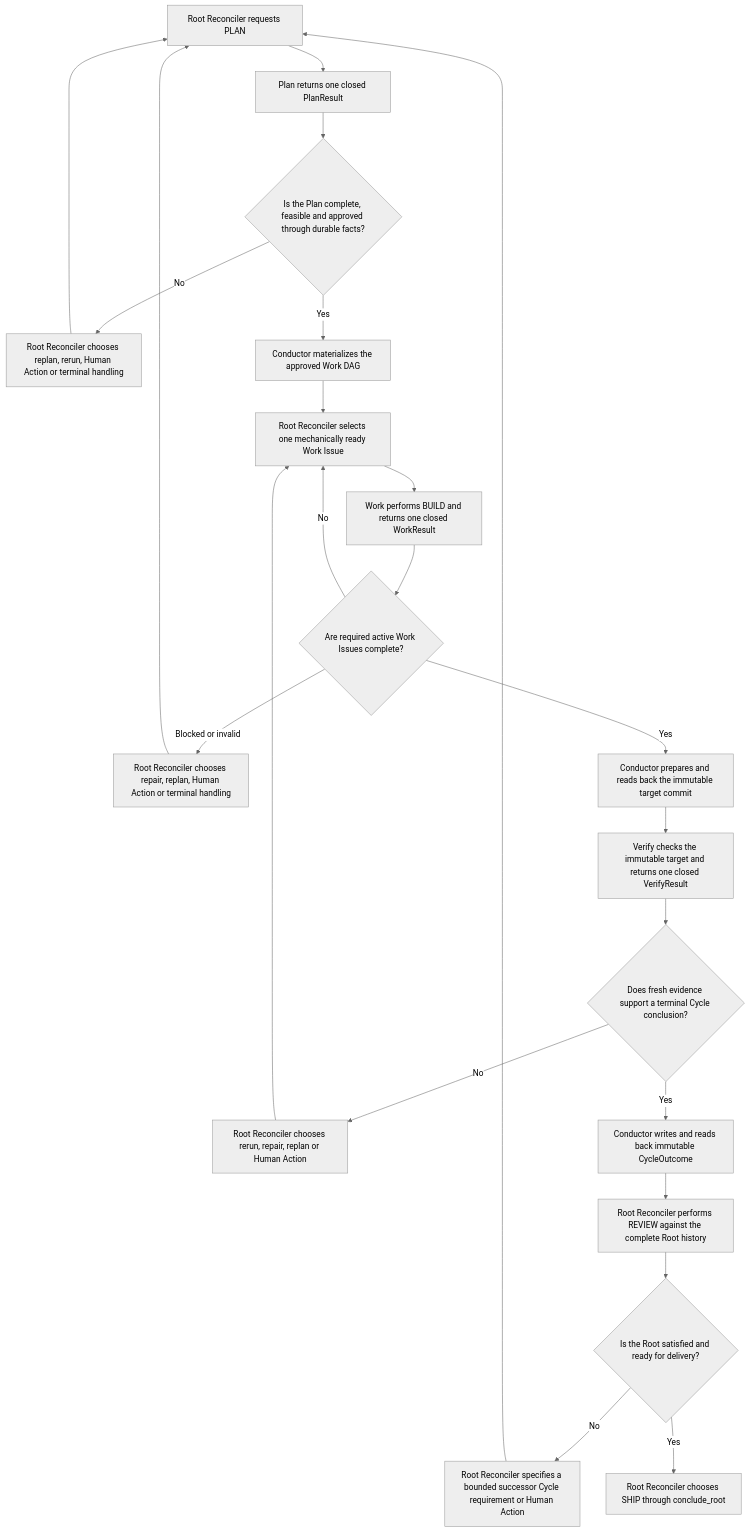
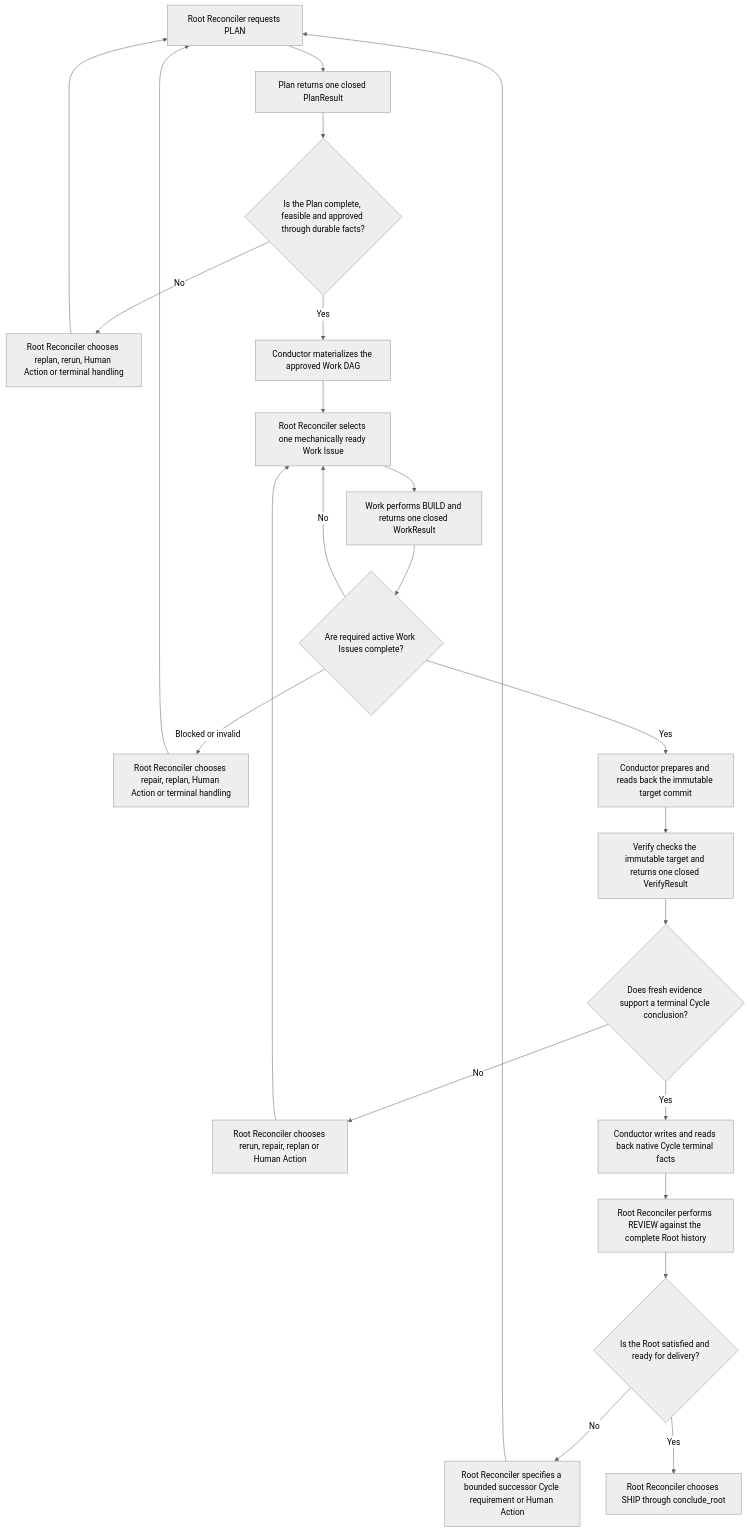
Before and after one commit to hallucination-studio/symphony: the diagram in docs/architecture/stage-orchestration.md, drawn with Mermaid (neutral theme). The commit also changed other lines of this file and 21 other files, not shown here.

First line of the commit message:
docs: hard-cut workflow authority to native facts

````diff
--- a/docs/architecture/stage-orchestration.md
+++ b/docs/architecture/stage-orchestration.md
@@ -43,25 +43,25 @@
 ```mermaid
 flowchart TD
     A["Root Reconciler requests PLAN"] --> B["Plan returns one closed PlanResult"]
     B --> C{"Is the Plan complete, feasible and approved through durable facts?"}
     C -- "No" --> C1["Root Reconciler chooses replan, rerun, Human Action or terminal handling"]
     C1 --> A
     C -- "Yes" --> D["Conductor materializes the approved Work DAG"]
     D --> E["Root Reconciler selects one mechanically ready Work Issue"]
     E --> F["Work performs BUILD and returns one closed WorkResult"]
     F --> G{"Are required active Work Issues complete?"}
     G -- "No" --> E
     G -- "Blocked or invalid" --> G1["Root Reconciler chooses repair, replan, Human Action or terminal handling"]
     G1 --> A
     G -- "Yes" --> G2["Conductor prepares and reads back the immutable target commit"]
     G2 --> H["Verify checks the immutable target and returns one closed VerifyResult"]
     H --> I{"Does fresh evidence support a terminal Cycle conclusion?"}
     I -- "No" --> I1["Root Reconciler chooses rerun, repair, replan or Human Action"]
     I1 --> E
-    I -- "Yes" --> J["Conductor writes and reads back immutable CycleOutcome"]
+    I -- "Yes" --> J["Conductor writes and reads back native Cycle terminal facts"]
     J --> K["Root Reconciler performs REVIEW against the complete Root history"]
     K --> L{"Is the Root satisfied and ready for delivery?"}
     L -- "No" --> M["Root Reconciler specifies a bounded successor Cycle requirement or Human Action"]
     M --> A
     L -- "Yes" --> N["Root Reconciler chooses SHIP through conclude_root"]
 ```
````
